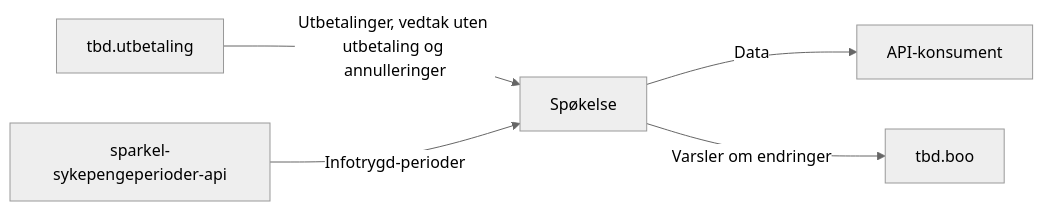
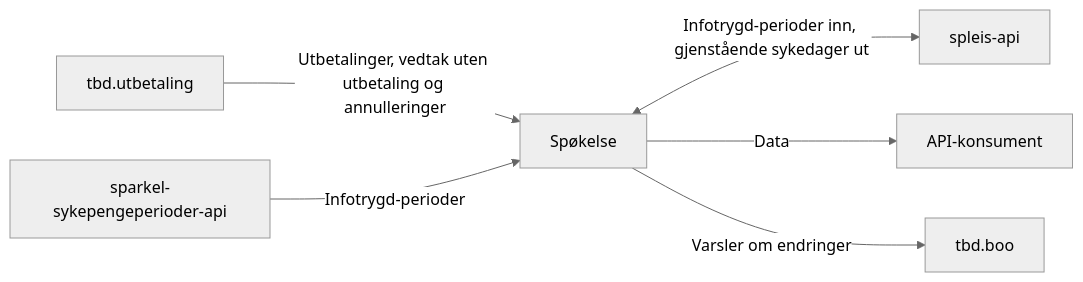
One commit to navikt/helse-spokelse changed the diagram in README.md. Above: the diagram before and after it, drawn with Mermaid (neutral theme). The commit also changed 12 other files, not shown here.

First line of the commit message:
✨ Hent tallet fra spleis-api når siste utbetaling er i Infotrygd

````diff
--- a/README.md
+++ b/README.md
@@ -13,7 +13,8 @@
 ```mermaid
 flowchart LR
     utbetaling["tbd.utbetaling"] -->|Utbetalinger, vedtak uten utbetaling og annulleringer| spokelse["Spøkelse"]
     infotrygd["sparkel-sykepengeperioder-api"] -->|Infotrygd-perioder| spokelse
+    spokelse <-->|Infotrygd-perioder inn, gjenstående sykedager ut| spleisapi["spleis-api"]
     spokelse -->|Data| konsument["API-konsument"]
     spokelse -->|Varsler om endringer| boo["tbd.boo"]
 ```
````
